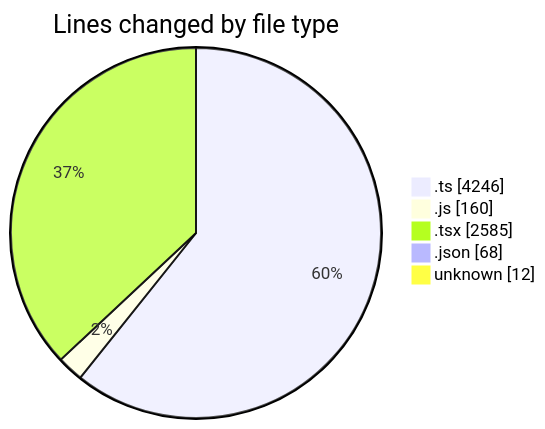
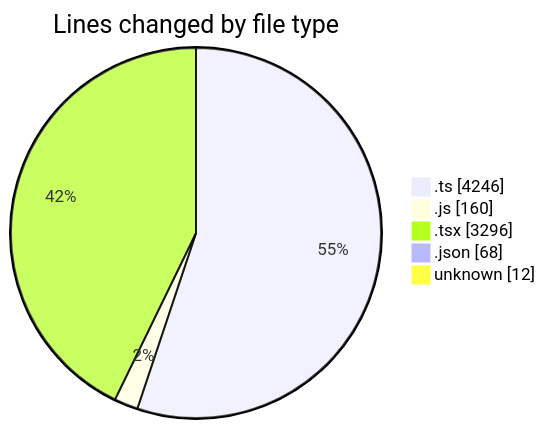
Before and after one commit to momahboobian/code-tracking: the first of 2 diagrams in 2026-09-14/cda/README.md, drawn with Mermaid. The commit also changed other lines of this file and 1 other file, not shown here.

````diff
--- a/2026-09-14/cda/README.md
+++ b/2026-09-14/cda/README.md
@@ -49,9 +50,9 @@
 ```mermaid
 pie showData
 title Lines changed by file type
 ".ts" : 4246
 ".js" : 160
-".tsx" : 2585
+".tsx" : 3296
 ".json" : 68
 "unknown" : 12
 ```
````
